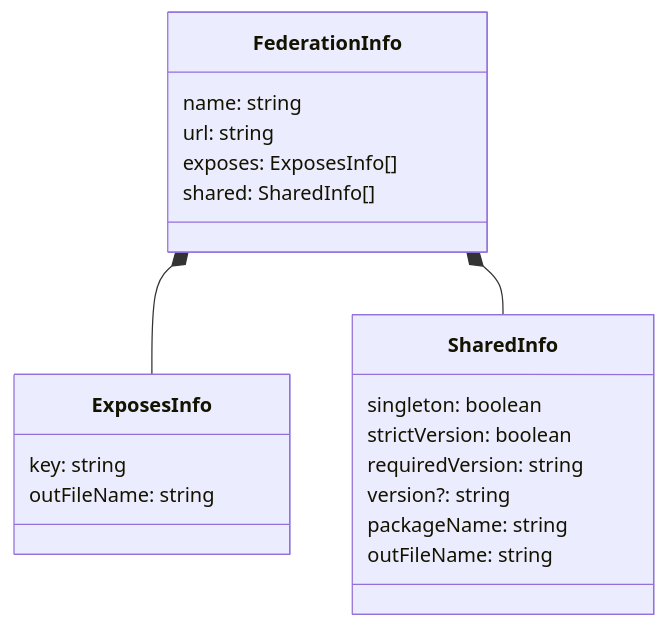
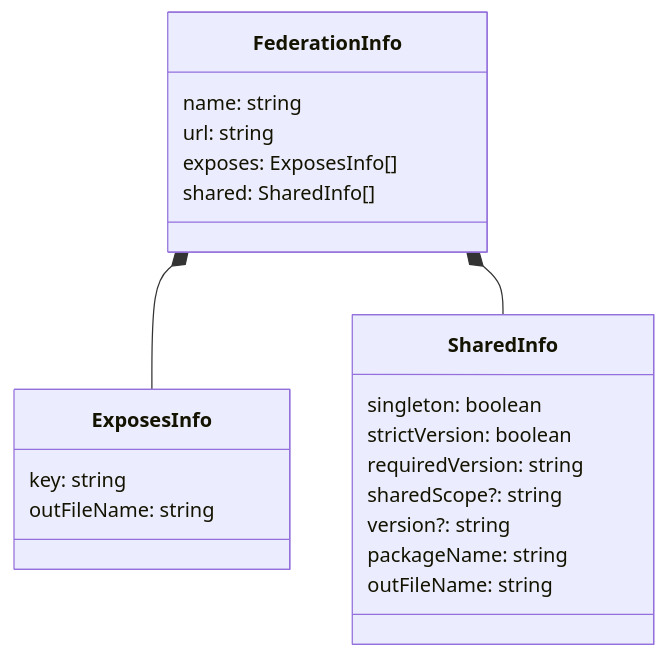
The third of 5 diagrams in docs/architecture.md (topicusonderwijs/vanilla-native-federation), drawn with Mermaid before and after one commit. The commit also changed other lines of this file, not shown here.

````diff
--- a/docs/architecture.md
+++ b/docs/architecture.md
@@ -147,24 +147,25 @@
 ```mermaid
 classDiagram
     FederationInfo *-- ExposesInfo
     FederationInfo *-- SharedInfo
 
     class FederationInfo {
         name: string
         url: string
         exposes: ExposesInfo[]
         shared: SharedInfo[]
     }
     class ExposesInfo{
         key: string
         outFileName: string
     }
     class SharedInfo{
         singleton: boolean
         strictVersion: boolean
         requiredVersion: string
+        sharedScope?: string
         version?: string
         packageName: string
         outFileName: string
     }
 ```
````
